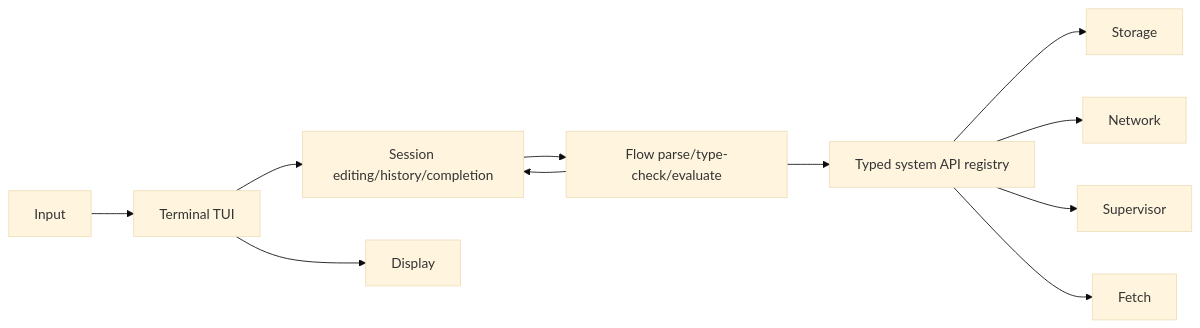
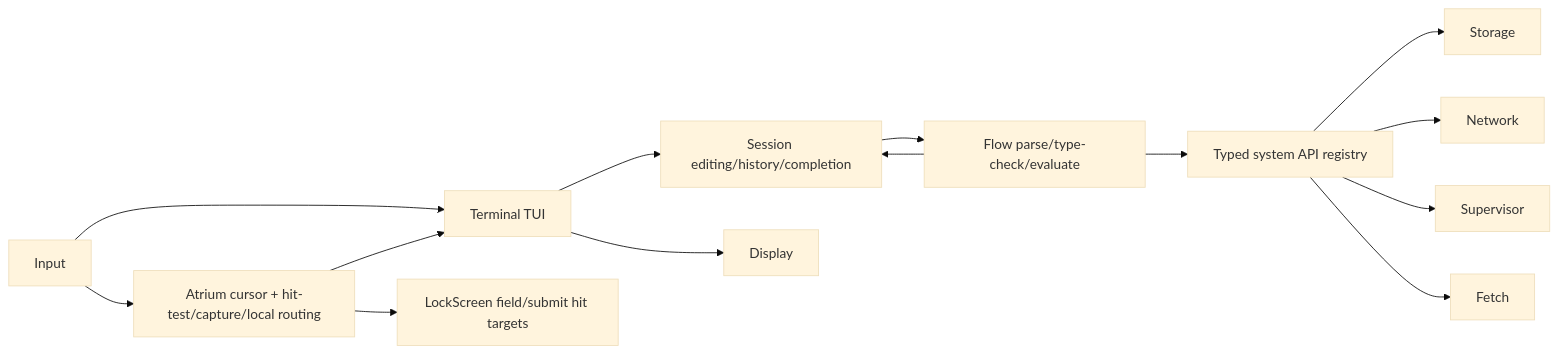
Before and after one commit to Eresea/LogOS: the diagram in docs/processes/terminal.md, drawn with Mermaid (base theme). The commit also changed other lines of this file and 3 other files, not shown here.

Commit message:
docs: index pointer and retained graphics

````diff
--- a/docs/processes/terminal.md
+++ b/docs/processes/terminal.md
@@ -5,13 +5,16 @@
 ```mermaid
 flowchart LR
     I[Input] --> T[Terminal TUI]
+    I --> A[Atrium cursor + hit-test/capture/local routing]
+    A --> L[LockScreen field/submit hit targets]
+    A --> T
     T --> S[Session editing/history/completion]
     S --> F[Flow parse/type-check/evaluate]
     F --> R[Typed system API registry]
     R --> V[Storage]
     R --> N[Network]
     R --> M[Supervisor]
     R --> X[Fetch]
     F --> S
     T --> D[Display]
 ```
````
